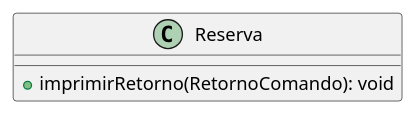
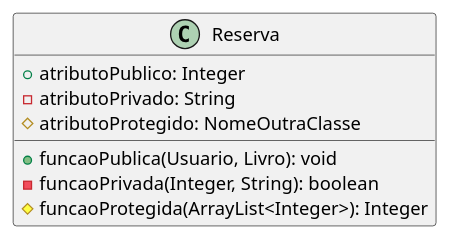
Before and after one commit to angelofelipe/library-system-OOP: the diagram in diagrama de classes/src puml/src/geral/Reserva.puml, drawn with PlantUML. The commit also changed 24 other files, not shown here.

Commit message:
edita diagrama na pasta usuario

```diff
--- a/diagrama de classes/src puml/src/geral/Reserva.puml
+++ b/diagrama de classes/src puml/src/geral/Reserva.puml
@@ -1,8 +1,13 @@
 @startuml
 
-class Reserva  {
+class Reserva {
+    + atributoPublico: Integer
+    - atributoPrivado: String
+    # atributoProtegido: NomeOutraClasse
 
-    + imprimirRetorno(RetornoComando): void
+    + funcaoPublica(Usuario, Livro): void
+    - funcaoPrivada(Integer, String): boolean
+    # funcaoProtegida(ArrayList<Integer>): Integer
 }
 
 @enduml
```
